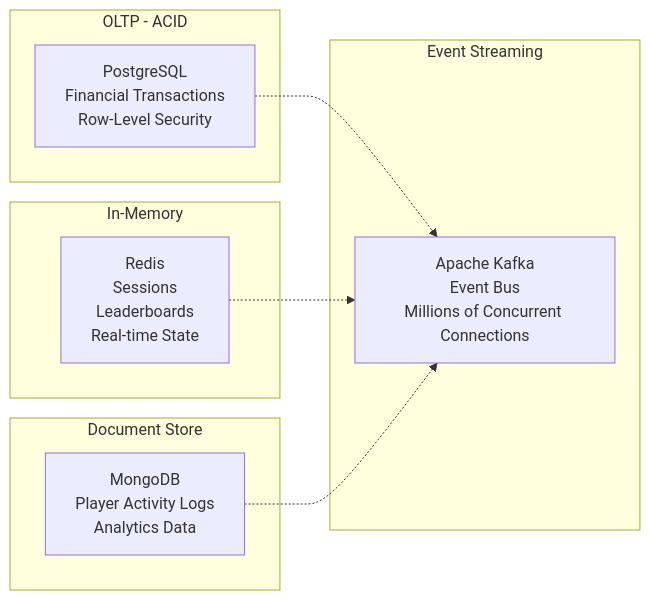
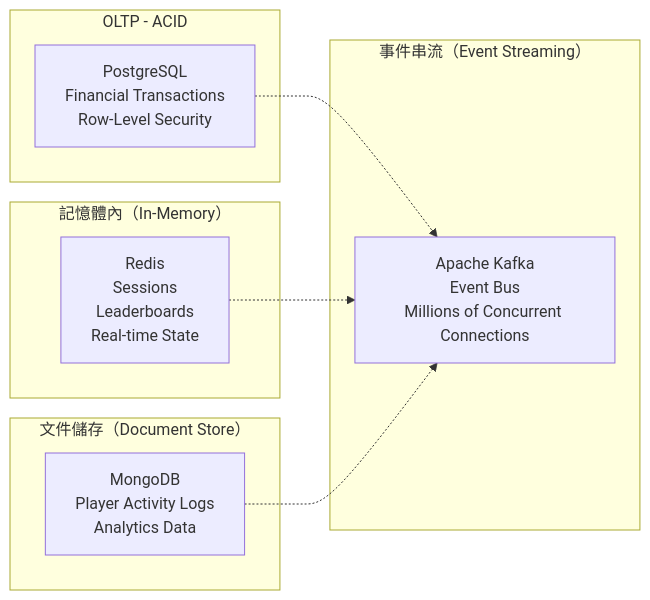
Before and after one commit to ron03wlb/smart-admin: the second of 12 diagrams in docs/iGaming/architecture/00_Overview/Platform_Architecture.md, drawn with Mermaid. The commit also changed other lines of this file, not shown here.

First line of the commit message:
docs(iGaming): translate Platform_Architecture.md to Traditional Chinese

````diff
--- a/docs/iGaming/architecture/00_Overview/Platform_Architecture.md
+++ b/docs/iGaming/architecture/00_Overview/Platform_Architecture.md
@@ -73,22 +73,22 @@
 ```mermaid
 graph LR
     subgraph Transactional["OLTP - ACID"]
         PG[PostgreSQL<br/>Financial Transactions<br/>Row-Level Security]
     end
 
-    subgraph Cache["In-Memory"]
+    subgraph Cache["記憶體內（In-Memory）"]
         REDIS[Redis<br/>Sessions<br/>Leaderboards<br/>Real-time State]
     end
 
-    subgraph Analytics["Document Store"]
+    subgraph Analytics["文件儲存（Document Store）"]
         MONGO[MongoDB<br/>Player Activity Logs<br/>Analytics Data]
     end
 
-    subgraph Streaming["Event Streaming"]
+    subgraph Streaming["事件串流（Event Streaming）"]
         KAFKA[Apache Kafka<br/>Event Bus<br/>Millions of Concurrent Connections]
     end
 
     PG -.-> KAFKA
     REDIS -.-> KAFKA
     MONGO -.-> KAFKA
 ```
````
